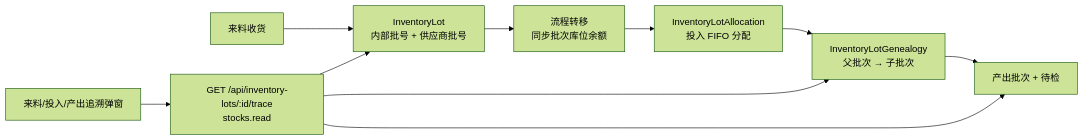
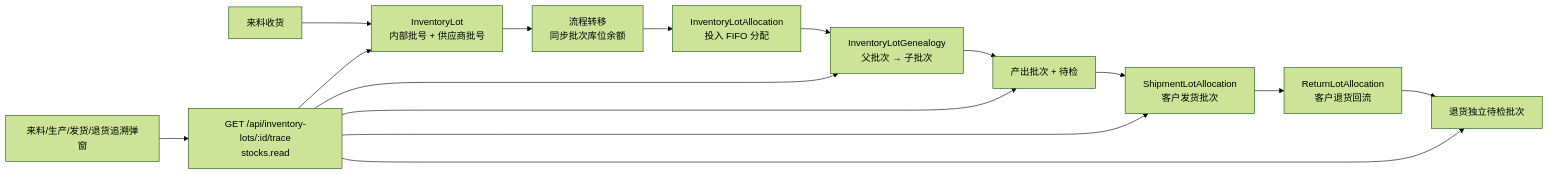
One commit to goldf2/mes-lite changed the eighth of 9 diagrams in docs/architecture/系统结构图.md. Above: the diagram before and after it, drawn with Mermaid (forest theme). The commit also changed other lines of this file and 68 other files, not shown here.

Commit message:
feat: complete customer return lot trace

````diff
--- a/docs/architecture/系统结构图.md
+++ b/docs/architecture/系统结构图.md
@@ -173,12 +173,17 @@
 ```mermaid
 flowchart LR
   Receiving["来料收货"] --> RawLot["InventoryLot<br/>内部批号 + 供应商批号"]
   RawLot --> Transfer["流程转移<br/>同步批次库位余额"]
   Transfer --> Allocation["InventoryLotAllocation<br/>投入 FIFO 分配"]
   Allocation --> Genealogy["InventoryLotGenealogy<br/>父批次 → 子批次"]
   Genealogy --> OutputLot["产出批次 + 待检"]
-  Trace["来料/投入/产出追溯弹窗"] --> Query["GET /api/inventory-lots/:id/trace<br/>stocks.read"]
+  OutputLot --> ShipmentAllocation["ShipmentLotAllocation<br/>客户发货批次"]
+  ShipmentAllocation --> ReturnAllocation["ReturnLotAllocation<br/>客户退货回流"]
+  ReturnAllocation --> ReturnLot["退货独立待检批次"]
+  Trace["来料/生产/发货/退货追溯弹窗"] --> Query["GET /api/inventory-lots/:id/trace<br/>stocks.read"]
   Query --> RawLot
   Query --> Genealogy
   Query --> OutputLot
+  Query --> ShipmentAllocation
+  Query --> ReturnLot
 ```
````
